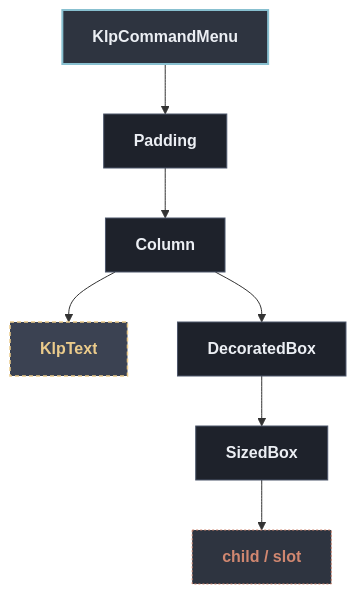
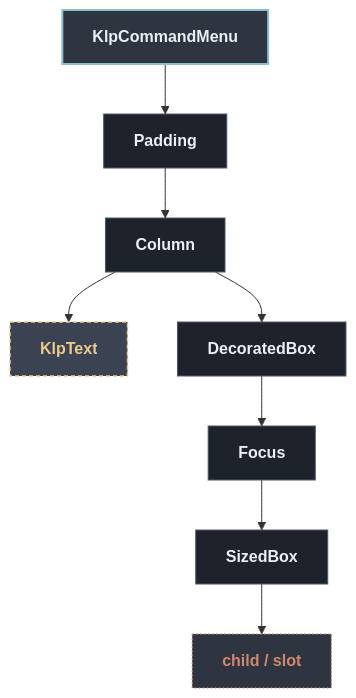
Before and after one commit to MiuDog/Kallopis: the diagram in docs/architecture/components/editor/klp_command_menu.md, drawn with Mermaid. The commit also changed other lines of this file and 1105 other files, not shown here.

Commit message:
refactor: establish semantic design architecture

````diff
--- a/docs/architecture/components/editor/klp_command_menu.md
+++ b/docs/architecture/components/editor/klp_command_menu.md
@@ -13,22 +13,24 @@
 ```mermaid
 flowchart TD
   classDef default fill:#1E222B,stroke:#4C566A,stroke-width:1px,color:#ECEFF4;
   classDef root fill:#2E3440,stroke:#88C0D0,stroke-width:2px,color:#ECEFF4,font-weight:bold;
   classDef reference fill:#3B4252,stroke:#EBCB8B,stroke-width:1.5px,stroke-dasharray: 4 3,color:#EBCB8B;
   classDef container fill:#2E3440,stroke:#A3BE8C,stroke-width:1.5px,color:#A3BE8C;
   classDef slot fill:#2E3440,stroke:#D08770,stroke-width:1px,stroke-dasharray: 2 2,color:#D08770;
 
   root["KlpCommandMenu"]:::root
   n1["Padding"]
   root --> n1
   n2["Column"]
   n1 --> n2
   n3["KlpText"]:::reference
   n2 --> n3
   n4["DecoratedBox"]
   n2 --> n4
-  n5["SizedBox"]
+  n5["Focus"]
   n4 --> n5
-  n6["child / slot"]:::slot
+  n6["SizedBox"]
   n5 --> n6
+  n7["child / slot"]:::slot
+  n6 --> n7
 ```
````
